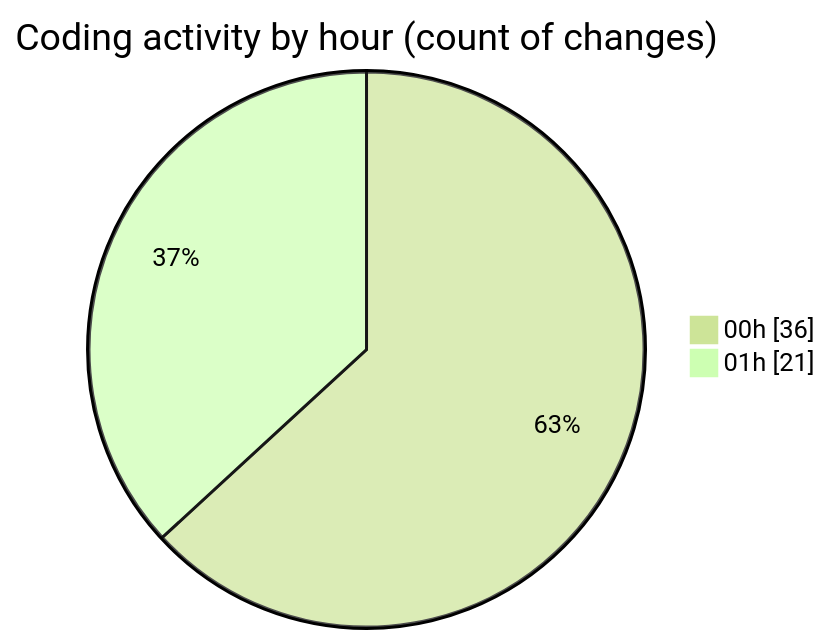
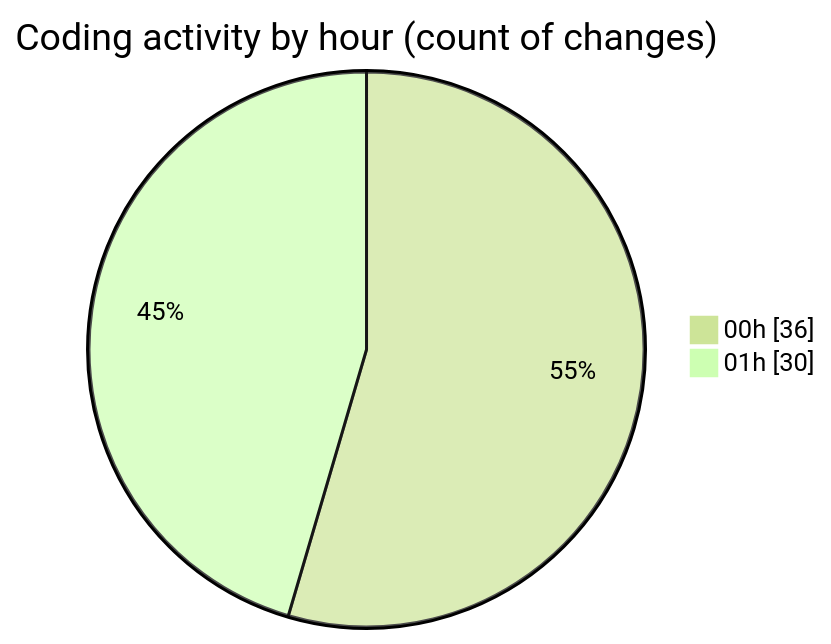
Before and after one commit to Ritupan-Deka/code-tracking: the second of 2 diagrams in 2025-05-04/houserentalservice/README.md, drawn with Mermaid (forest theme). The commit also changed other lines of this file and 1 other file, not shown here.

````diff
--- a/2025-05-04/houserentalservice/README.md
+++ b/2025-05-04/houserentalservice/README.md
@@ -63,6 +63,6 @@
 ```mermaid
 pie showData
 title Coding activity by hour (count of changes)
 "00h" : 36
-"01h" : 21
+"01h" : 30
 ```
````
